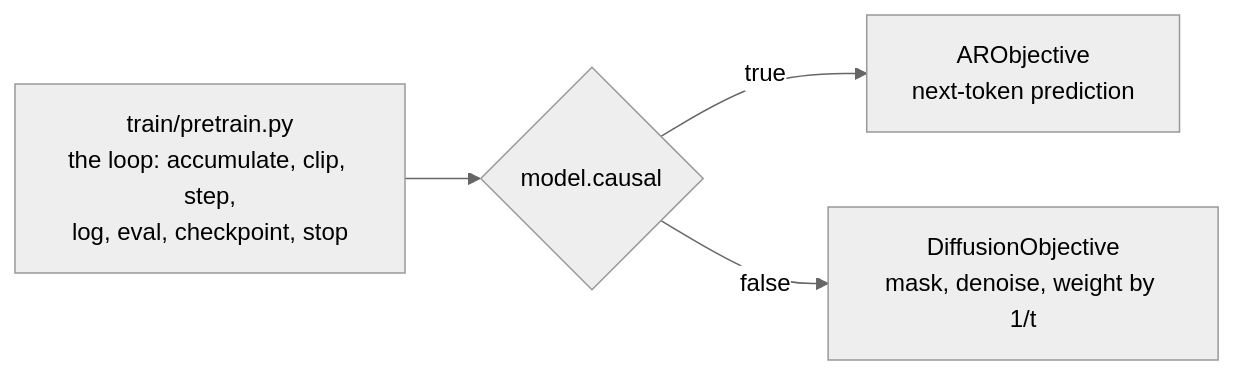
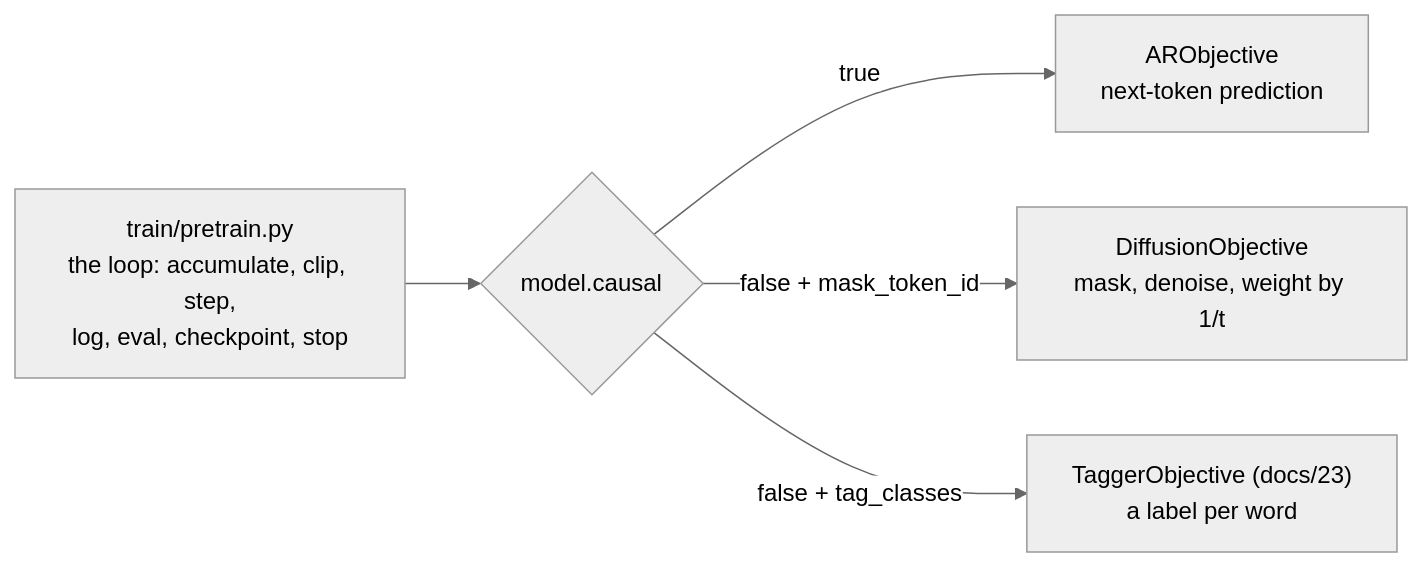
Before and after one commit to kunwarmahen/aksharallm: the third of 5 diagrams in docs/20-diffusion.md, drawn with Mermaid (neutral theme). The commit also changed other lines of this file and 27 other files, not shown here.

````diff
--- a/docs/20-diffusion.md
+++ b/docs/20-diffusion.md
@@ -65,6 +67,7 @@
 ```mermaid
 flowchart LR
   L["train/pretrain.py<br/>the loop: accumulate, clip, step,<br/>log, eval, checkpoint, stop"] --> Q{"model.causal"}
   Q -->|"true"| AR["ARObjective<br/>next-token prediction"]
-  Q -->|"false"| DF["DiffusionObjective<br/>mask, denoise, weight by 1/t"]
+  Q -->|"false + mask_token_id"| DF["DiffusionObjective<br/>mask, denoise, weight by 1/t"]
+  Q -->|"false + tag_classes"| TG["TaggerObjective (docs/23)<br/>a label per word"]
 ```
````
